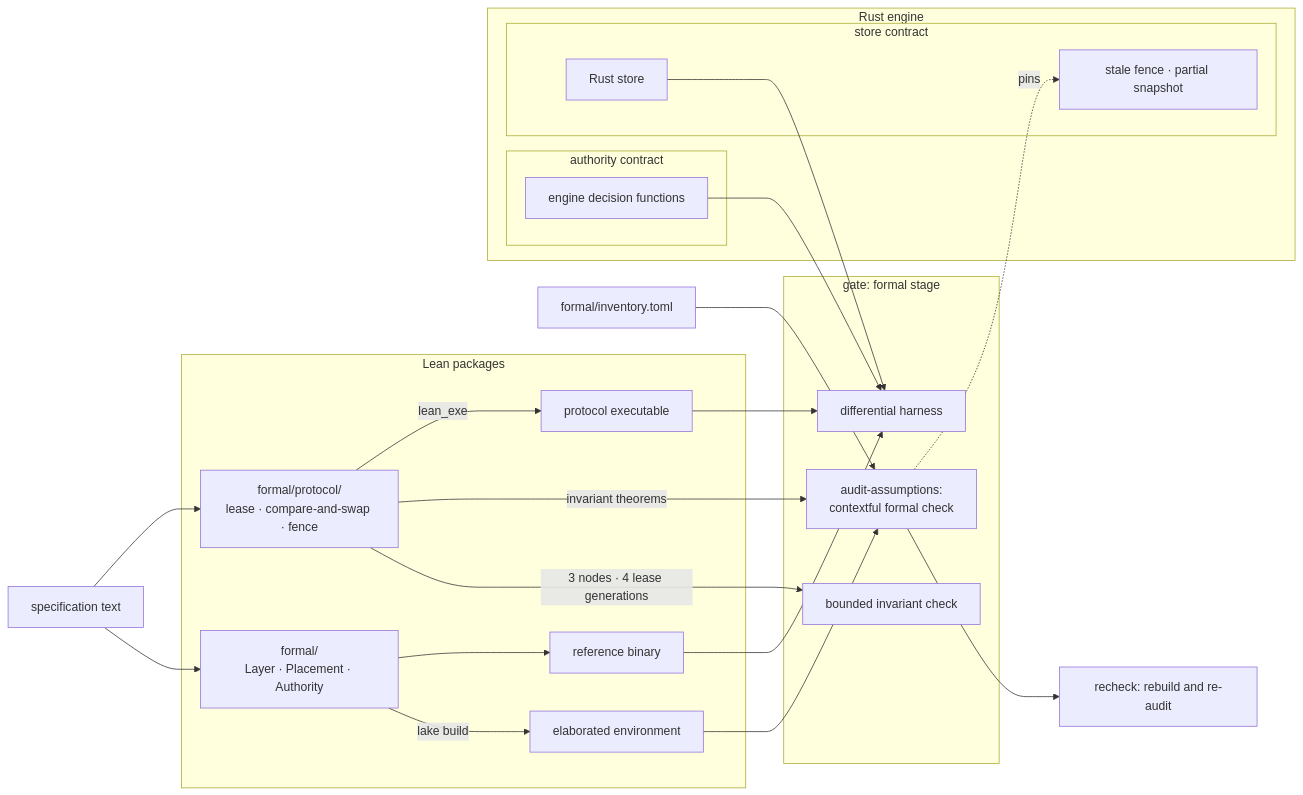
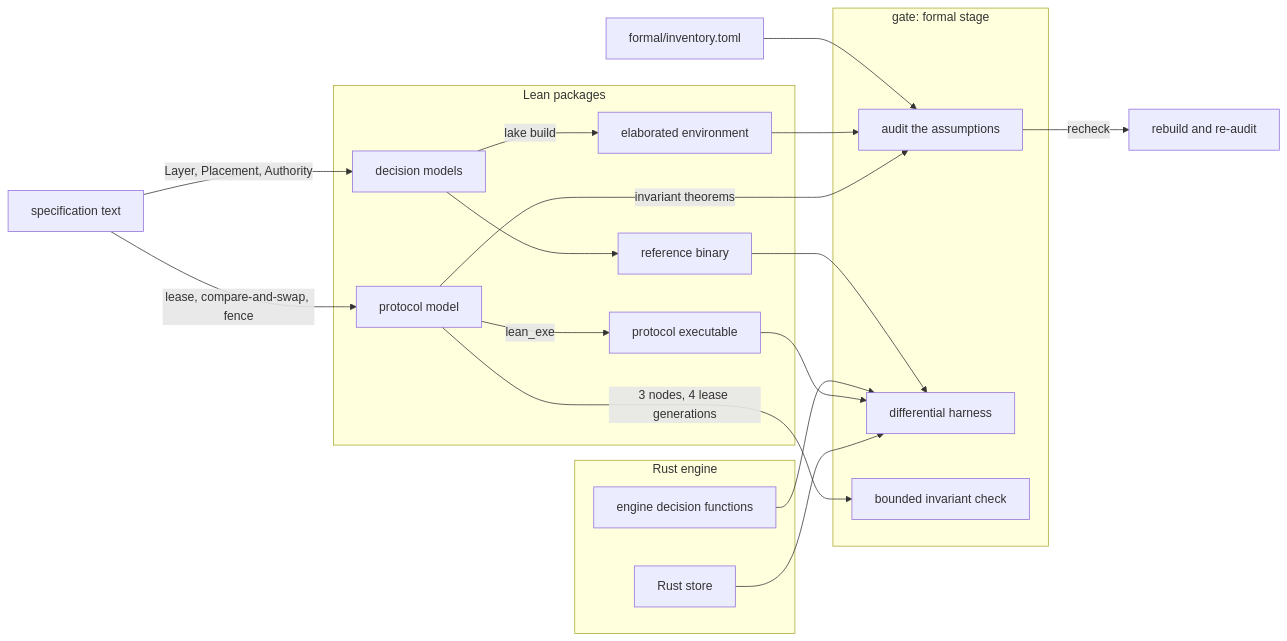
The first of 3 diagrams in spec/80-formal.md (fractalboxdev/contextful), drawn with Mermaid before and after one commit. The commit also changed other lines of this file and 24 other files, not shown here.

First line of the commit message:
spec: every flowchart draws one entity or process per node

````diff
--- a/spec/80-formal.md
+++ b/spec/80-formal.md
@@ -22,41 +22,35 @@
 ```mermaid
 flowchart LR
   SPEC["specification text"]
   INV["formal/inventory.toml"]
   subgraph lean["Lean packages"]
-    LEAN["formal/<br/>Layer · Placement · Authority"]
-    PROT["formal/protocol/<br/>lease · compare-and-swap · fence"]
+    LEAN["decision models"]
+    PROT["protocol model"]
     ENV["elaborated environment"]
     REF["reference binary"]
     PEXE["protocol executable"]
   end
   subgraph engine["Rust engine"]
-    subgraph authority["authority contract"]
-      ENG["engine decision functions"]
-    end
-    subgraph store["store contract"]
-      RUST["Rust store"]
-      PIN["stale fence · partial snapshot"]
-    end
+    ENG["engine decision functions"]
+    RUST["Rust store"]
   end
   subgraph gate["gate: formal stage"]
-    AUD["audit-assumptions:<br/>contextful formal check"]
+    AUD["audit the assumptions"]
     DIFF["differential harness"]
     MC["bounded invariant check"]
   end
-  SPEC --> LEAN
-  SPEC --> PROT
+  SPEC -- "Layer, Placement, Authority" --> LEAN
+  SPEC -- "lease, compare-and-swap, fence" --> PROT
   LEAN -- "lake build" --> ENV
   INV --> AUD
   ENV --> AUD
-  AUD --> REC["recheck: rebuild and re-audit"]
+  AUD -- "recheck" --> REC["rebuild and re-audit"]
   LEAN --> REF
   REF --> DIFF
   ENG --> DIFF
-  PROT -- "3 nodes · 4 lease generations" --> MC
+  PROT -- "3 nodes, 4 lease generations" --> MC
   PROT -- "invariant theorems" --> AUD
   PROT -- "lean_exe" --> PEXE
   PEXE --> DIFF
   RUST --> DIFF
-  AUD -. "pins" .-> PIN
 ```
````
